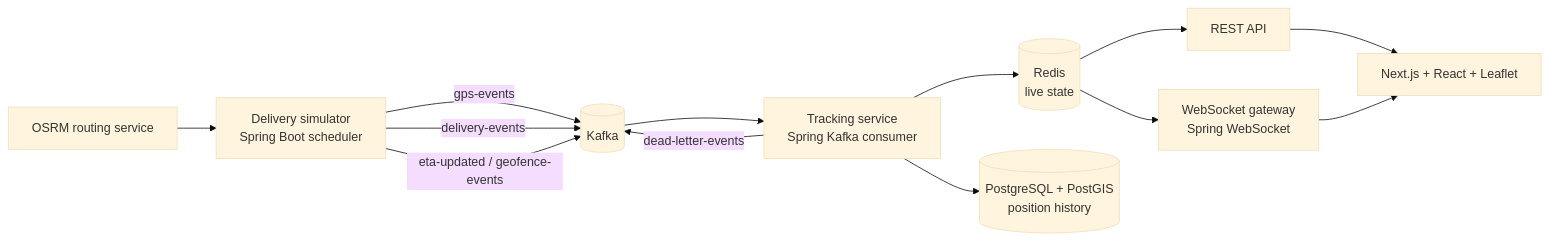
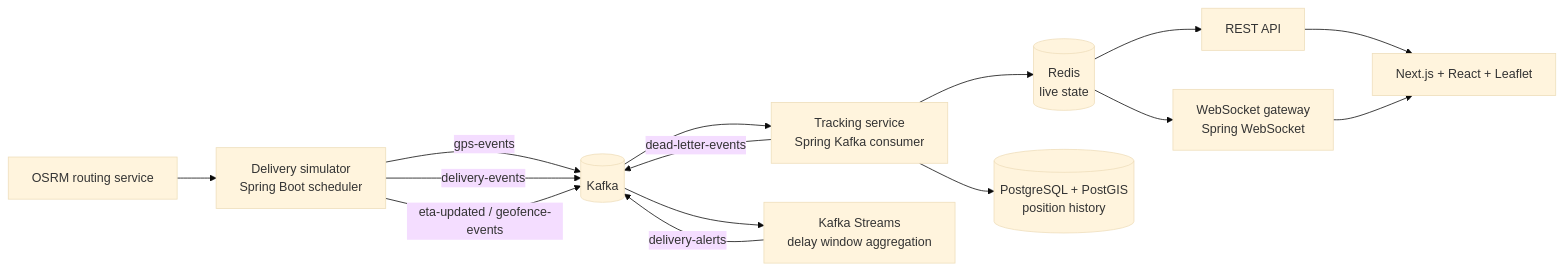
Before and after one commit to ZenkoLespadon/kafka-delivery-operations-platform: the diagram in README.md, drawn with Mermaid (base theme). The commit also changed other lines of this file and 24 other files, not shown here.

Commit message:
feat: Kafka activity dashboard and stream alerts

````diff
--- a/README.md
+++ b/README.md
@@ -33,25 +34,28 @@
 ```mermaid
 flowchart LR
     Simulator[Delivery simulator<br/>Spring Boot scheduler]
     Kafka[(Kafka)]
     Tracking[Tracking service<br/>Spring Kafka consumer]
+    Streams[Kafka Streams<br/>delay window aggregation]
     Redis[(Redis<br/>live state)]
     Postgres[(PostgreSQL + PostGIS<br/>position history)]
     WS[WebSocket gateway<br/>Spring WebSocket]
     API[REST API]
     Frontend[Next.js + React + Leaflet]
     OSRM[OSRM routing service]
 
     OSRM --> Simulator
     Simulator -->|gps-events| Kafka
     Simulator -->|delivery-events| Kafka
     Simulator -->|eta-updated / geofence-events| Kafka
     Kafka --> Tracking
+    Kafka --> Streams
+    Streams -->|delivery-alerts| Kafka
     Tracking --> Redis
     Tracking --> Postgres
     Tracking -->|dead-letter-events| Kafka
     Redis --> API
     Redis --> WS
     API --> Frontend
     WS --> Frontend
 ```
````
